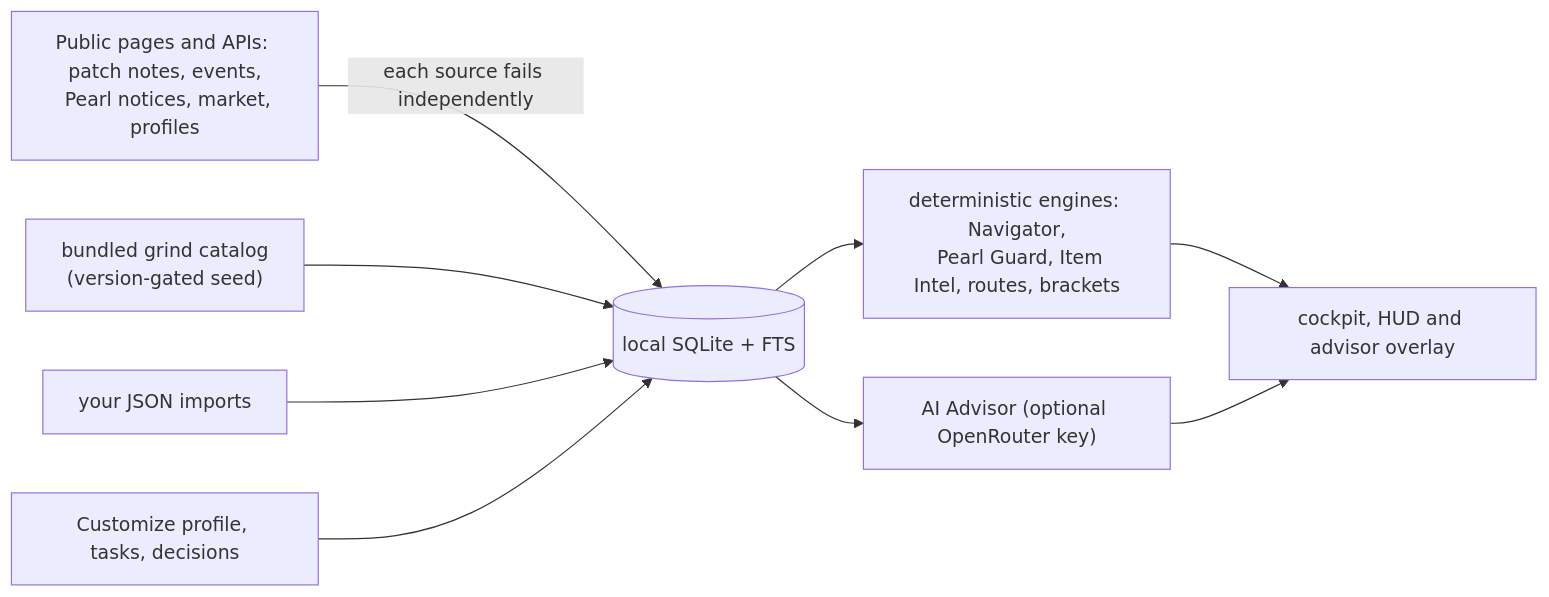
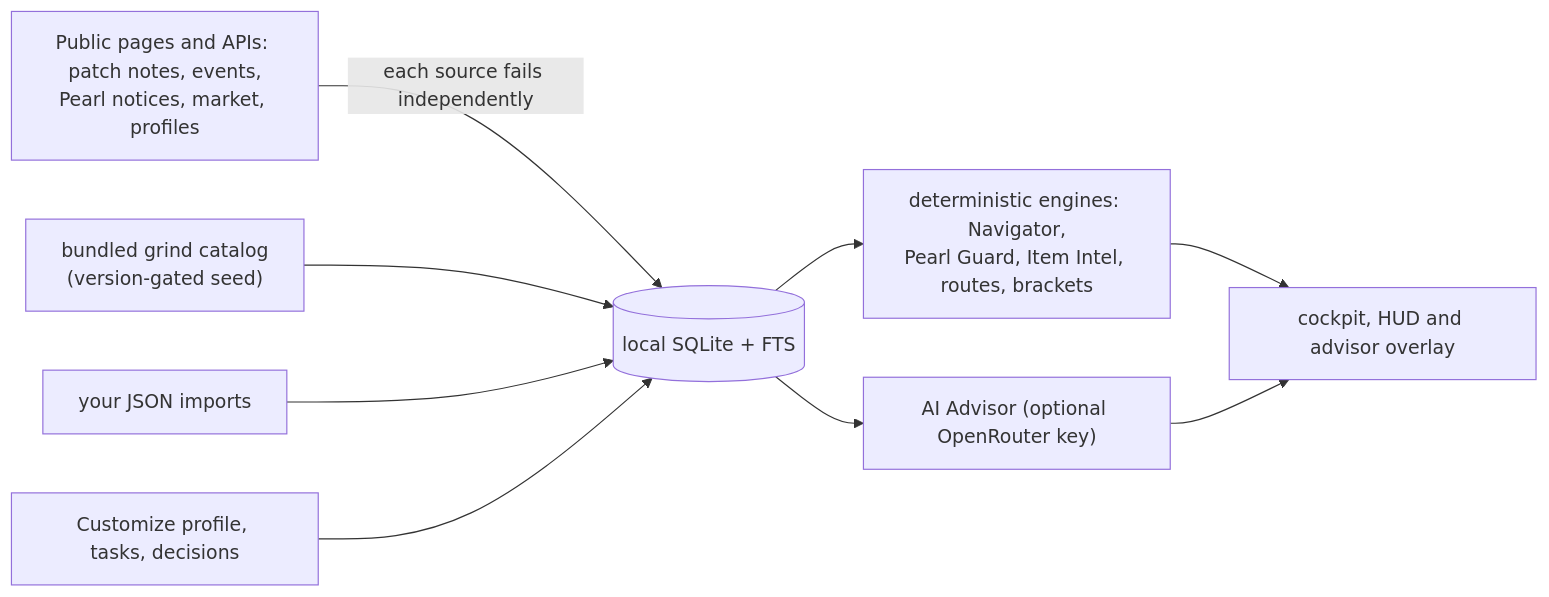
The diagram in README.md (SenjuWoo/Cuda-Spirit), drawn with Mermaid before and after one commit. The commit also changed 4 other files, not shown here.

Commit message:
Docs: 2.4.3 VALIDATION_REPORT, troubleshooting for the current build path, mermaid labels on one line; regenerate source manifests

````diff
--- a/README.md
+++ b/README.md
@@ -104,14 +104,11 @@
 ```mermaid
 flowchart LR
-  PUB["Public pages and APIs: patch notes, events,
-  Pearl notices, market, profiles"] -->|"each source fails independently"| DB[("local SQLite + FTS")]
-  CAT["bundled grind catalog
-  (version-gated seed)"] --> DB
+  PUB["Public pages and APIs: patch notes, events,<br/>Pearl notices, market, profiles"] -->|"each source fails independently"| DB[("local SQLite + FTS")]
+  CAT["bundled grind catalog<br/>(version-gated seed)"] --> DB
   IMP["your JSON imports"] --> DB
   YOU["Customize profile, tasks, decisions"] --> DB
-  DB --> ENG["deterministic engines: Navigator,
-  Pearl Guard, Item Intel, routes, brackets"]
+  DB --> ENG["deterministic engines: Navigator,<br/>Pearl Guard, Item Intel, routes, brackets"]
   DB --> AI["AI Advisor (optional OpenRouter key)"]
   ENG --> UI["cockpit, HUD and advisor overlay"]
   AI --> UI
 ```
````
